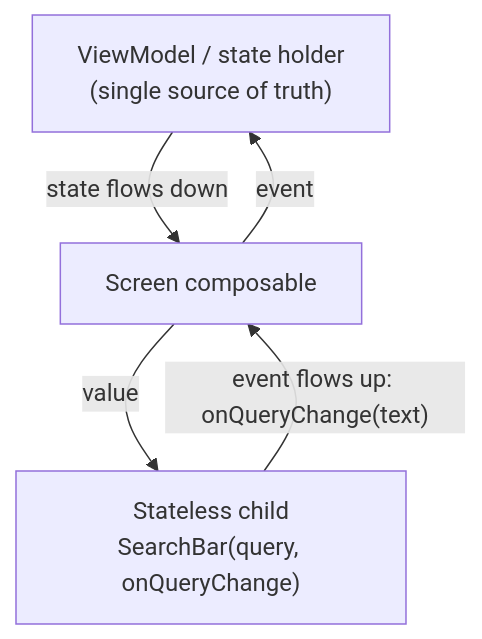
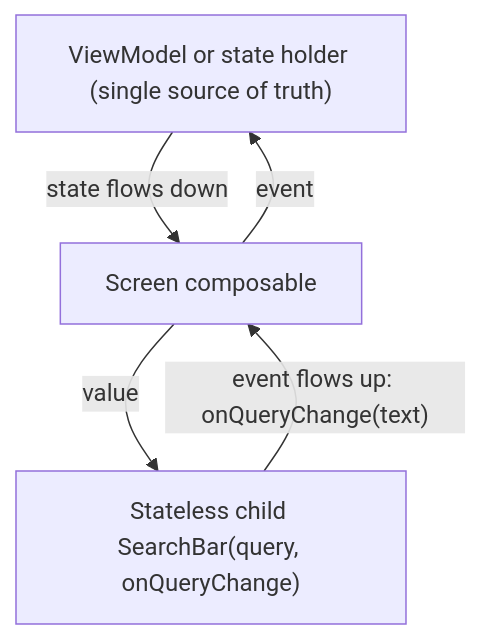
One commit to AkshayAshokCode/Android-Interview-Questions-cheat-sheet changed the second of 8 diagrams in topics/11-jetpack-compose.md. Above: the diagram before and after it, drawn with Mermaid. The commit also changed other lines of this file and 4 other files, not shown here.

````diff
--- a/topics/11-jetpack-compose.md
+++ b/topics/11-jetpack-compose.md
@@ -115,7 +373,7 @@
 ```mermaid
 flowchart TD
-    VM["ViewModel / state holder<br/>(single source of truth)"] -->|"state flows down"| P["Screen composable"]
-    P -->|"value"| C["Stateless child<br/>SearchBar(query, onQueryChange)"]
+    VM["ViewModel or state holder (single source of truth)"] -->|"state flows down"| P["Screen composable"]
+    P -->|"value"| C["Stateless child SearchBar(query, onQueryChange)"]
     C -->|"event flows up: onQueryChange(text)"| P
     P -->|"event"| VM
 ```
````
